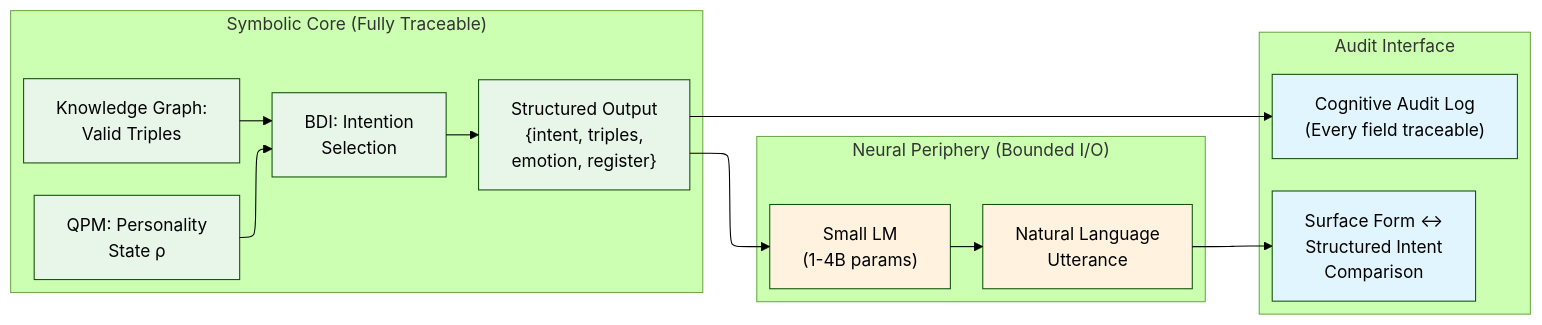
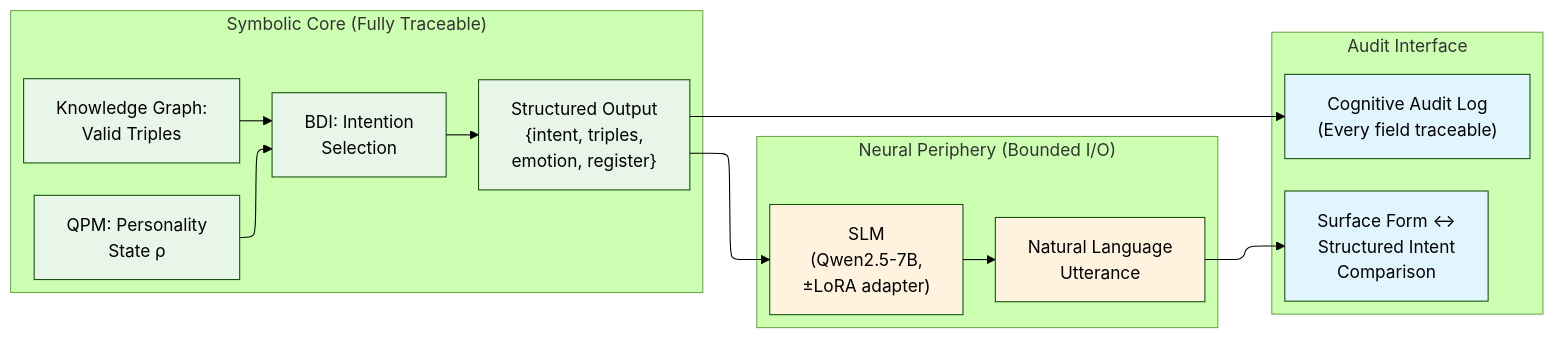
The sixth of 18 diagrams in Centaurian_Hybrid_Architecture_v3.md (JustForCodin/Centaurian_Architecture_Implementation), drawn with Mermaid (forest theme) before and after one commit. The commit also changed other lines of this file, not shown here.

````diff
--- a/Centaurian_Hybrid_Architecture_v3.md
+++ b/Centaurian_Hybrid_Architecture_v3.md
@@ -542,25 +542,25 @@
 ```mermaid
 %%{init: {"flowchart": {"defaultRenderer": "elk"}} }%%
 graph LR
     subgraph "Symbolic Core (Fully Traceable)"
         QPM["QPM: Personality<br/>State ρ"] --> BDI["BDI: Intention<br/>Selection"]
         KG["Knowledge Graph:<br/>Valid Triples"] --> BDI
         BDI --> STRUCT["Structured Output<br/>{intent, triples,<br/>emotion, register}"]
     end
     subgraph "Neural Periphery (Bounded I/O)"
-        STRUCT --> SLM["Small LM<br/>(1-4B params)"]
+        STRUCT --> SLM["SLM<br/>(Qwen2.5-7B,<br/>±LoRA adapter)"]
         SLM --> NL["Natural Language<br/>Utterance"]
     end
     subgraph "Audit Interface"
         STRUCT --> LOG["Cognitive Audit Log<br/>(Every field traceable)"]
         NL --> COMPARE["Surface Form ↔<br/>Structured Intent<br/>Comparison"]
     end
     style QPM fill:#e8f5e9
     style BDI fill:#e8f5e9
     style KG fill:#e8f5e9
     style STRUCT fill:#e8f5e9
     style SLM fill:#fff3e0
     style NL fill:#fff3e0
     style LOG fill:#e1f5fe
     style COMPARE fill:#e1f5fe
 ```
````
